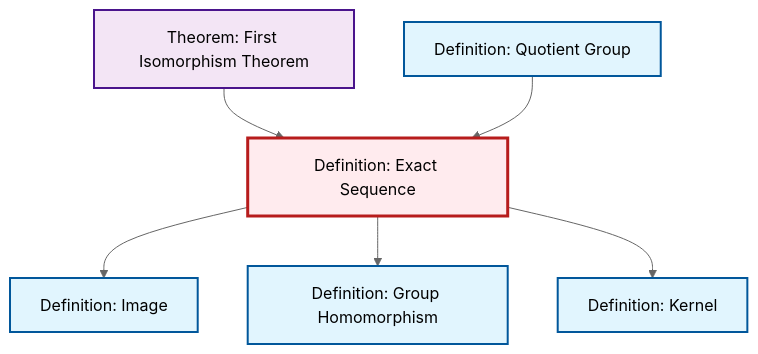
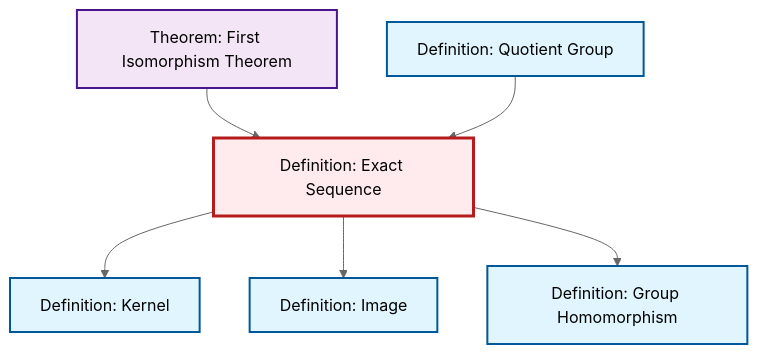
One commit to RK0429/ModernMath changed the diagram in content/en/algebra/def-exact-sequence.qmd. Above: the diagram before and after it, drawn with Mermaid (neutral theme). The commit also changed other lines of this file and 1069 other files, not shown here.

````diff
--- a/content/en/algebra/def-exact-sequence.qmd
+++ b/content/en/algebra/def-exact-sequence.qmd
@@ -105,26 +105,26 @@
 ```{mermaid}
 %%| fig-cap: "Local dependency graph"
 graph TD
     classDef definition fill:#e1f5fe,stroke:#01579b,stroke-width:2px
     classDef theorem fill:#f3e5f5,stroke:#4a148c,stroke-width:2px
     classDef axiom fill:#fff3e0,stroke:#e65100,stroke-width:2px
     classDef example fill:#e8f5e9,stroke:#1b5e20,stroke-width:2px
     classDef current fill:#ffebee,stroke:#b71c1c,stroke-width:3px
     def-image["Definition: Image"]:::definition
+    def-exact-sequence["Definition: Exact Sequence"]:::definition
     thm-first-isomorphism["Theorem: First Isomorphism Theorem"]:::theorem
     def-quotient-group["Definition: Quotient Group"]:::definition
+    def-homomorphism["Definition: Group Homomorphism"]:::definition
     def-kernel["Definition: Kernel"]:::definition
-    def-homomorphism["Definition: Group Homomorphism"]:::definition
-    def-exact-sequence["Definition: Exact Sequence"]:::definition
+    def-exact-sequence --> def-kernel
+    thm-first-isomorphism --> def-exact-sequence
     def-exact-sequence --> def-image
-    thm-first-isomorphism --> def-exact-sequence
+    def-quotient-group --> def-exact-sequence
     def-exact-sequence --> def-homomorphism
-    def-quotient-group --> def-exact-sequence
-    def-exact-sequence --> def-kernel
     class def-exact-sequence current
     click def-image "def-image.html" "Go to Image definition"
     click thm-first-isomorphism "thm-first-isomorphism.html" "Go to First Isomorphism Theorem theorem"
     click def-quotient-group "def-quotient-group.html" "Go to Quotient Group definition"
+    click def-homomorphism "def-homomorphism.html" "Go to Group Homomorphism definition"
     click def-kernel "def-kernel.html" "Go to Kernel definition"
-    click def-homomorphism "def-homomorphism.html" "Go to Group Homomorphism definition"
 ```
````
